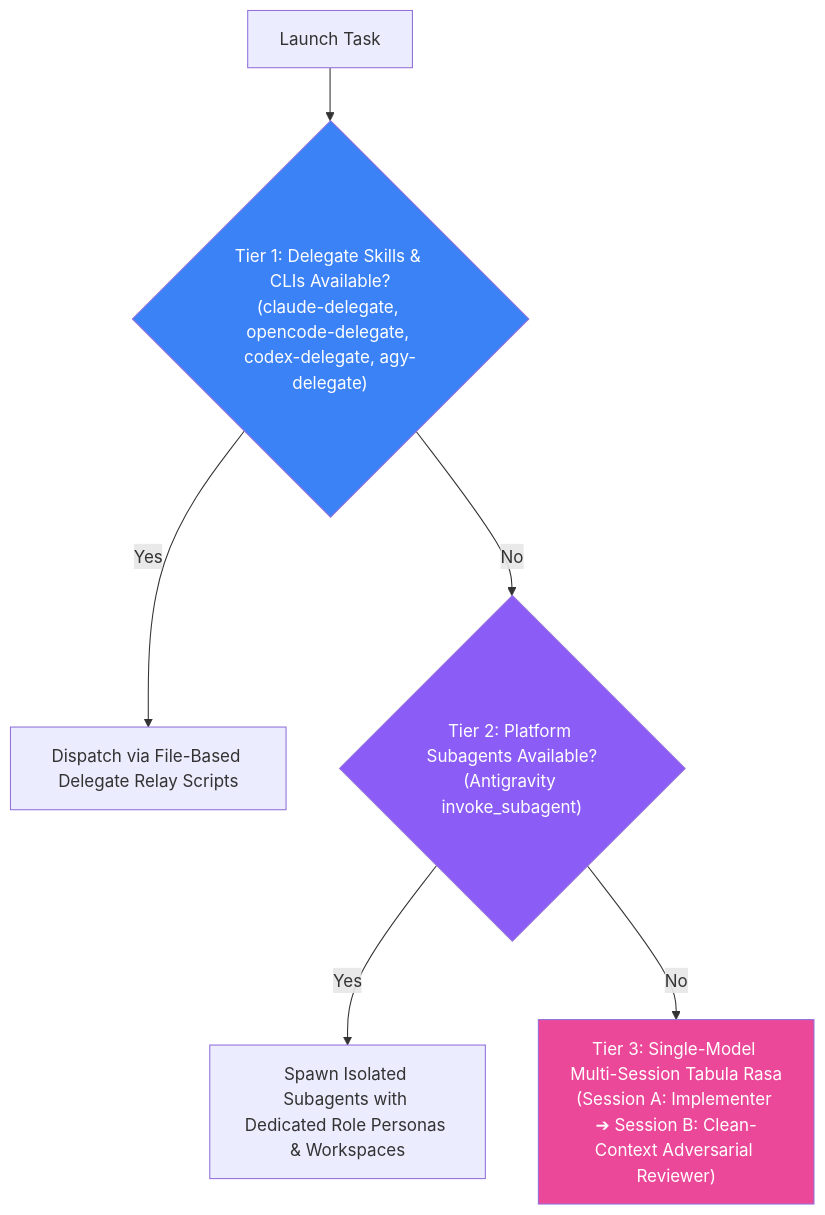
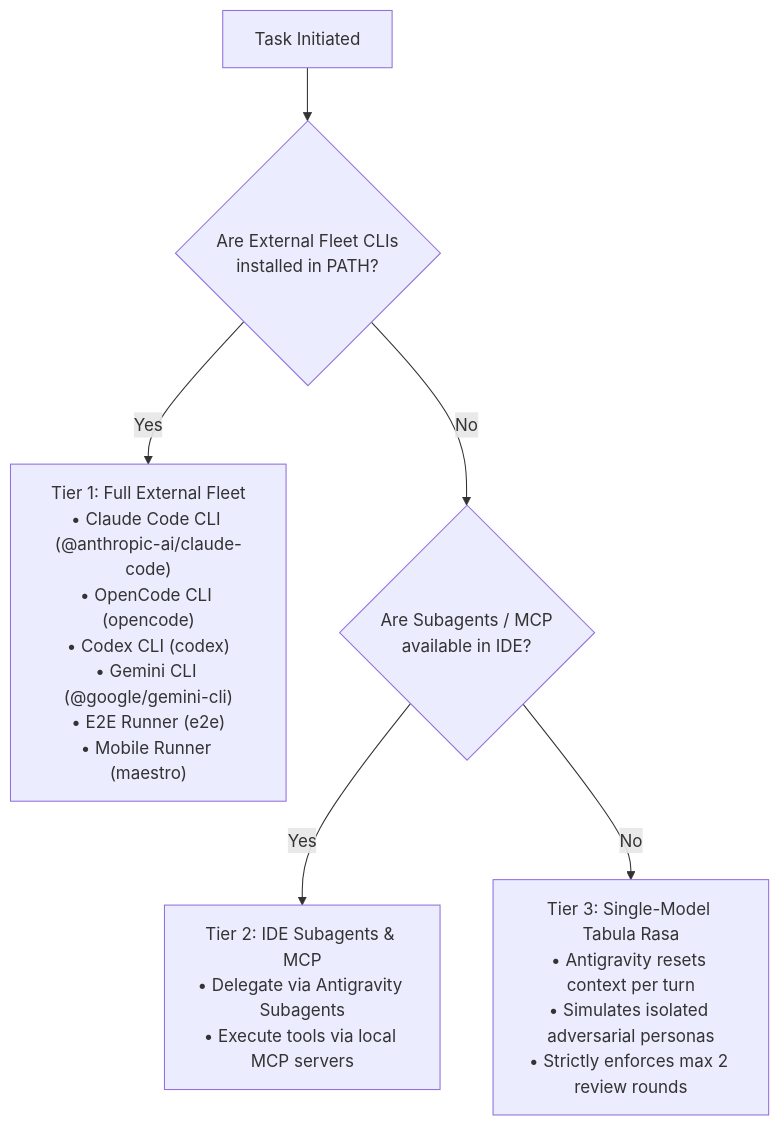
One commit to sherifrad/multi-agent-collaborative-audit changed the fifth of 5 diagrams in README.md. Above: the diagram before and after it, drawn with Mermaid. The commit also changed other lines of this file and 24 other files, not shown here.

First line of the commit message:
feat(release): upgrade README with visual architecture, sequential E2E oracle, and telemetry

````diff
--- a/README.md
+++ b/README.md
@@ -171,12 +271,12 @@
 ```mermaid
 flowchart TD
-    Start["Launch Task"] --> T1{"Tier 1: Delegate Skills & CLIs Available?<br/>(claude-delegate, opencode-delegate, codex-delegate, agy-delegate)"}
-    T1 -- Yes --> E1["Dispatch via File-Based Delegate Relay Scripts"]
-    T1 -- No --> T2{"Tier 2: Platform Subagents Available?<br/>(Antigravity invoke_subagent)"}
-    T2 -- Yes --> E2["Spawn Isolated Subagents with Dedicated Role Personas & Workspaces"]
-    T2 -- No --> T3["Tier 3: Single-Model Multi-Session Tabula Rasa<br/>(Session A: Implementer ➔ Session B: Clean-Context Adversarial Reviewer)"]
-
-    style T1 fill:#3b82f6,color:#fff
-    style T2 fill:#8b5cf6,color:#fff
-    style T3 fill:#ec4899,color:#fff
+    Start["Task Initiated"] --> T1Check{"Are External Fleet CLIs<br/>installed in PATH?"}
+    
+    T1Check -->|Yes| Tier1["Tier 1: Full External Fleet<br/>• Claude Code CLI (@anthropic-ai/claude-code)<br/>• OpenCode CLI (opencode)<br/>• Codex CLI (codex)<br/>• Gemini CLI (@google/gemini-cli)<br/>• E2E Runner (e2e)<br/>• Mobile Runner (maestro)"]
+    
+    T1Check -->|No| T2Check{"Are Subagents / MCP<br/>available in IDE?"}
+    
+    T2Check -->|Yes| Tier2["Tier 2: IDE Subagents & MCP<br/>• Delegate via Antigravity Subagents<br/>• Execute tools via local MCP servers"]
+    
+    T2Check -->|No| Tier3["Tier 3: Single-Model Tabula Rasa<br/>• Antigravity resets context per turn<br/>• Simulates isolated adversarial personas<br/>• Strictly enforces max 2 review rounds"]
 ```
````
